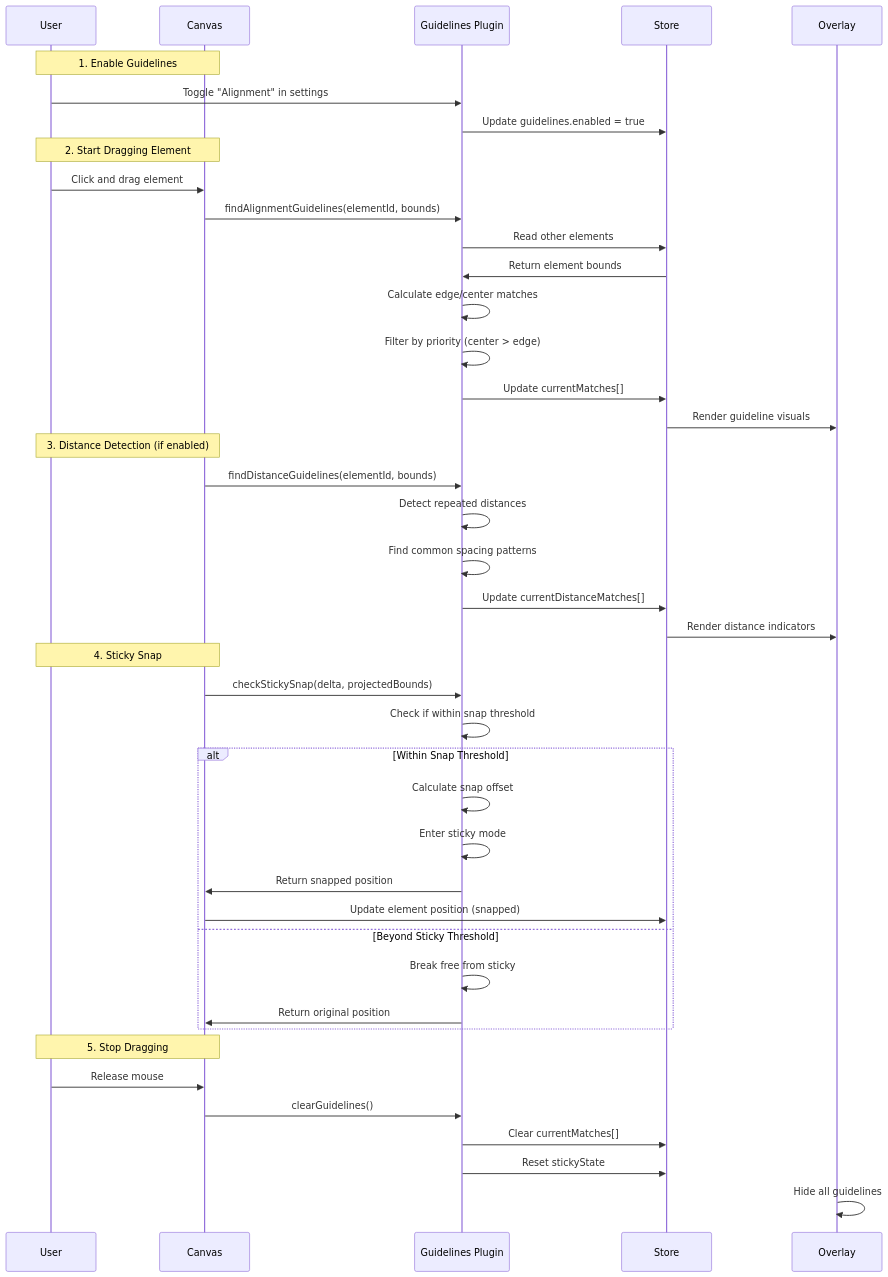
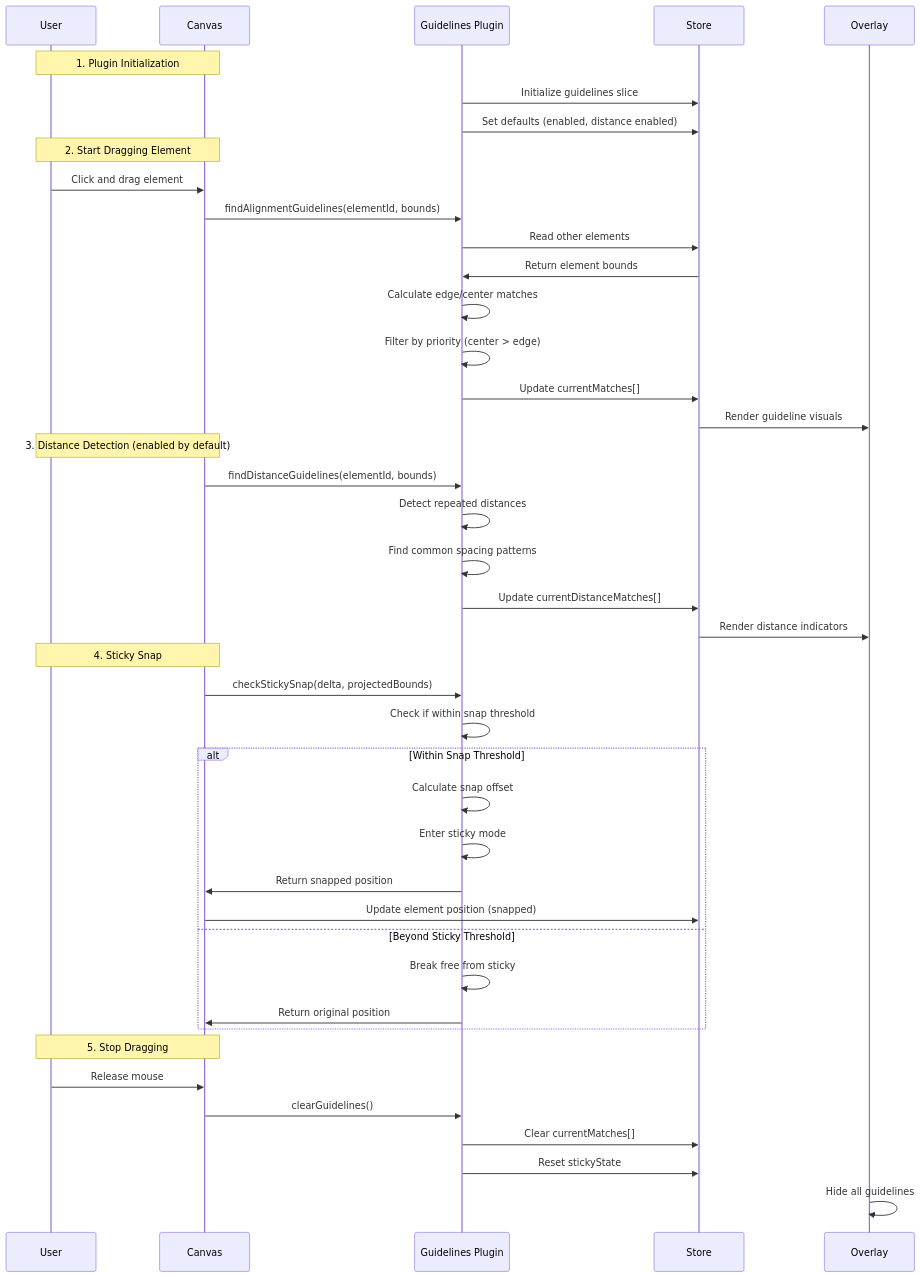
The first of 4 diagrams in doc/docs/plugins/catalog/guidelines.md (ekrsulov/ttpe), drawn with Mermaid before and after one commit. The commit also changed 3 other files, not shown here.

Commit message:
refactor: update default settings for grid and guidelines plugins; enhance sidebar behavior in dev mode; improve FloatingContextMenu item rendering; streamline pencil test visibility checks; clean up unused tests

````diff
--- a/doc/docs/plugins/catalog/guidelines.md
+++ b/doc/docs/plugins/catalog/guidelines.md
@@ -24,50 +24,50 @@
 ```mermaid
 sequenceDiagram
     participant User
     participant Canvas
     participant GP as Guidelines Plugin
     participant Store
     participant Overlay
     
-    Note over User,Canvas: 1. Enable Guidelines
-    User->>GP: Toggle "Alignment" in settings
-    GP->>Store: Update guidelines.enabled = true
+    Note over User,Canvas: 1. Plugin Initialization
+    GP->>Store: Initialize guidelines slice
+    GP->>Store: Set defaults (enabled, distance enabled)
     
     Note over User,Canvas: 2. Start Dragging Element
     User->>Canvas: Click and drag element
     Canvas->>GP: findAlignmentGuidelines(elementId, bounds)
     GP->>Store: Read other elements
     Store->>GP: Return element bounds
     GP->>GP: Calculate edge/center matches
     GP->>GP: Filter by priority (center > edge)
     GP->>Store: Update currentMatches[]
     Store->>Overlay: Render guideline visuals
     
-    Note over User,Canvas: 3. Distance Detection (if enabled)
+    Note over User,Canvas: 3. Distance Detection (enabled by default)
     Canvas->>GP: findDistanceGuidelines(elementId, bounds)
     GP->>GP: Detect repeated distances
     GP->>GP: Find common spacing patterns
     GP->>Store: Update currentDistanceMatches[]
     Store->>Overlay: Render distance indicators
     
     Note over User,Canvas: 4. Sticky Snap
     Canvas->>GP: checkStickySnap(delta, projectedBounds)
     GP->>GP: Check if within snap threshold
     
     alt Within Snap Threshold
         GP->>GP: Calculate snap offset
         GP->>GP: Enter sticky mode
         GP->>Canvas: Return snapped position
         Canvas->>Store: Update element position (snapped)
     else Beyond Sticky Threshold
         GP->>GP: Break free from sticky
         GP->>Canvas: Return original position
     end
     
     Note over User,Canvas: 5. Stop Dragging
     User->>Canvas: Release mouse
     Canvas->>GP: clearGuidelines()
     GP->>Store: Clear currentMatches[]
     GP->>Store: Reset stickyState
     Overlay->>Overlay: Hide all guidelines
 ```
````
